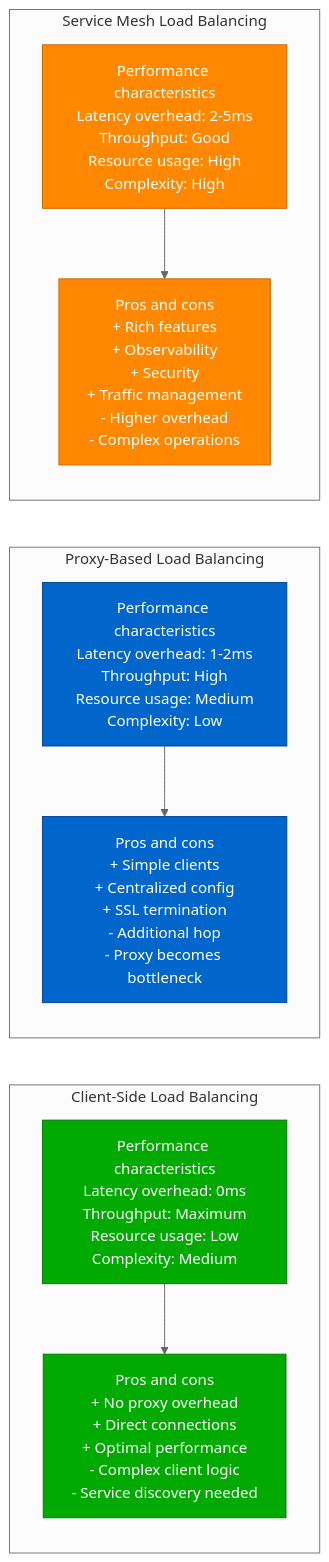
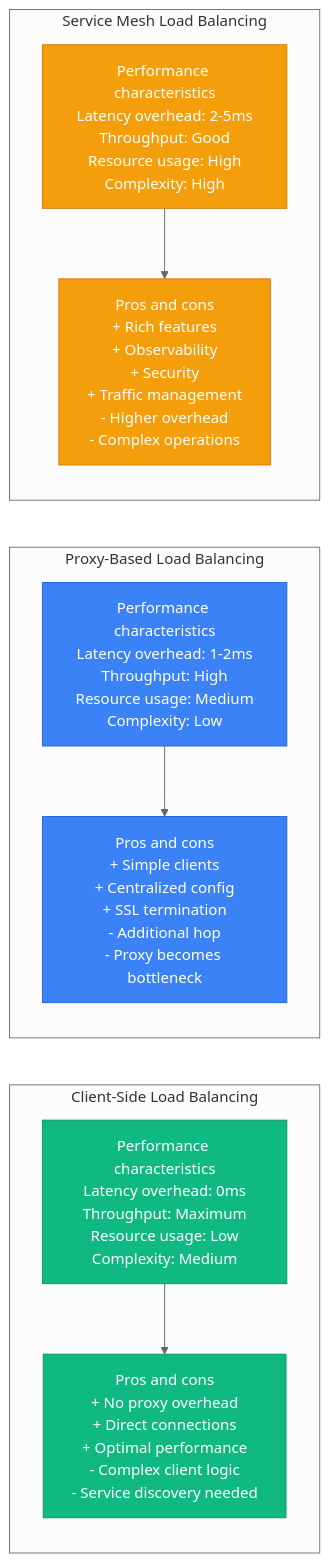
One commit to deepaucksharma/DS changed the eighth of 13 diagrams in site/docs/performance/grpc-performance-profile.md. Above: the diagram before and after it, drawn with Mermaid (neutral theme). The commit also changed other lines of this file and 303 other files, not shown here.

````diff
--- a/site/docs/performance/grpc-performance-profile.md
+++ b/site/docs/performance/grpc-performance-profile.md
@@ -314,34 +314,34 @@
 ```mermaid
 graph LR
     subgraph "Client-Side Load Balancing"
         CLIENT_PERF1[Performance characteristics<br/>Latency overhead: 0ms<br/>Throughput: Maximum<br/>Resource usage: Low<br/>Complexity: Medium]
 
         CLIENT_PERF2[Pros and cons<br/>+ No proxy overhead<br/>+ Direct connections<br/>+ Optimal performance<br/>- Complex client logic<br/>- Service discovery needed]
 
         CLIENT_PERF1 --> CLIENT_PERF2
     end
 
     subgraph "Proxy-Based Load Balancing"
         PROXY_PERF1[Performance characteristics<br/>Latency overhead: 1-2ms<br/>Throughput: High<br/>Resource usage: Medium<br/>Complexity: Low]
 
         PROXY_PERF2[Pros and cons<br/>+ Simple clients<br/>+ Centralized config<br/>+ SSL termination<br/>- Additional hop<br/>- Proxy becomes bottleneck]
 
         PROXY_PERF1 --> PROXY_PERF2
     end
 
     subgraph "Service Mesh Load Balancing"
         MESH_PERF1[Performance characteristics<br/>Latency overhead: 2-5ms<br/>Throughput: Good<br/>Resource usage: High<br/>Complexity: High]
 
         MESH_PERF2[Pros and cons<br/>+ Rich features<br/>+ Observability<br/>+ Security<br/>+ Traffic management<br/>- Higher overhead<br/>- Complex operations]
 
         MESH_PERF1 --> MESH_PERF2
     end
 
-    classDef clientStyle fill:#00AA00,stroke:#007700,color:#fff
-    classDef proxyStyle fill:#0066CC,stroke:#004499,color:#fff
-    classDef meshStyle fill:#FF8800,stroke:#CC6600,color:#fff
+    classDef clientStyle fill:#10B981,stroke:#059669,color:#fff
+    classDef proxyStyle fill:#3B82F6,stroke:#2563EB,color:#fff
+    classDef meshStyle fill:#F59E0B,stroke:#D97706,color:#fff
 
     class CLIENT_PERF1,CLIENT_PERF2 clientStyle
     class PROXY_PERF1,PROXY_PERF2 proxyStyle
     class MESH_PERF1,MESH_PERF2 meshStyle
 ```
````
